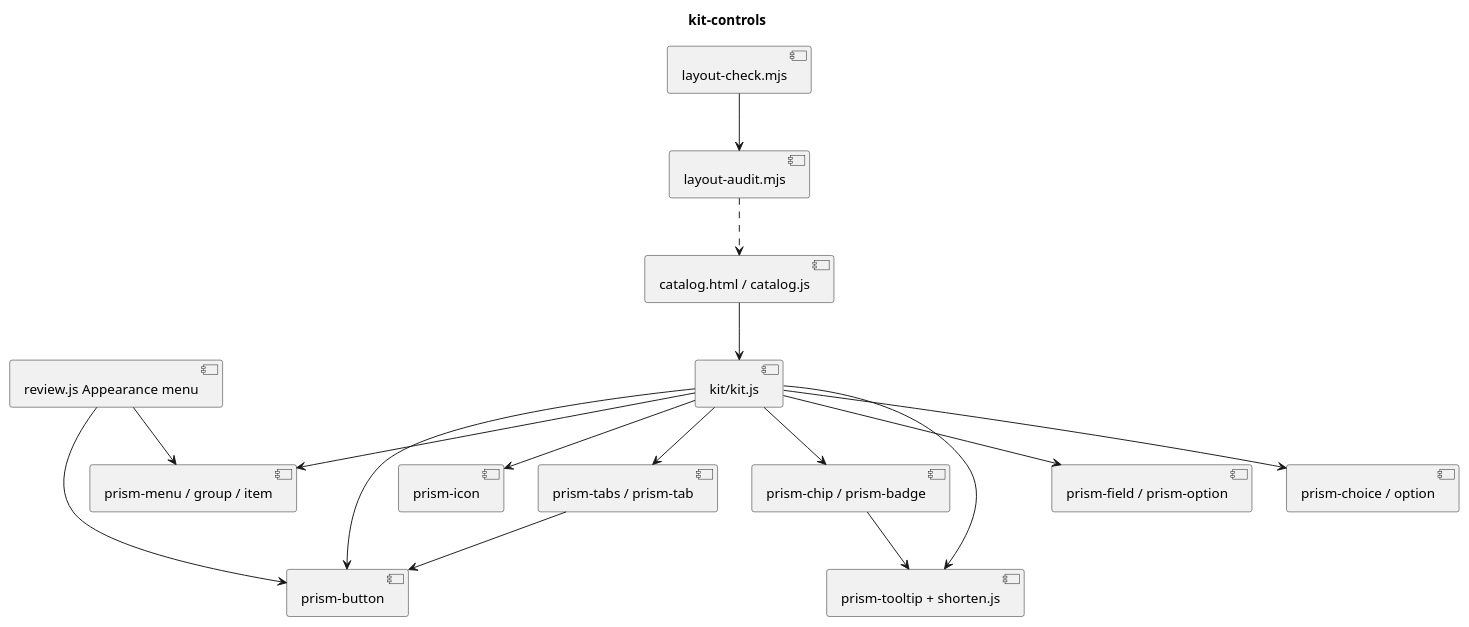
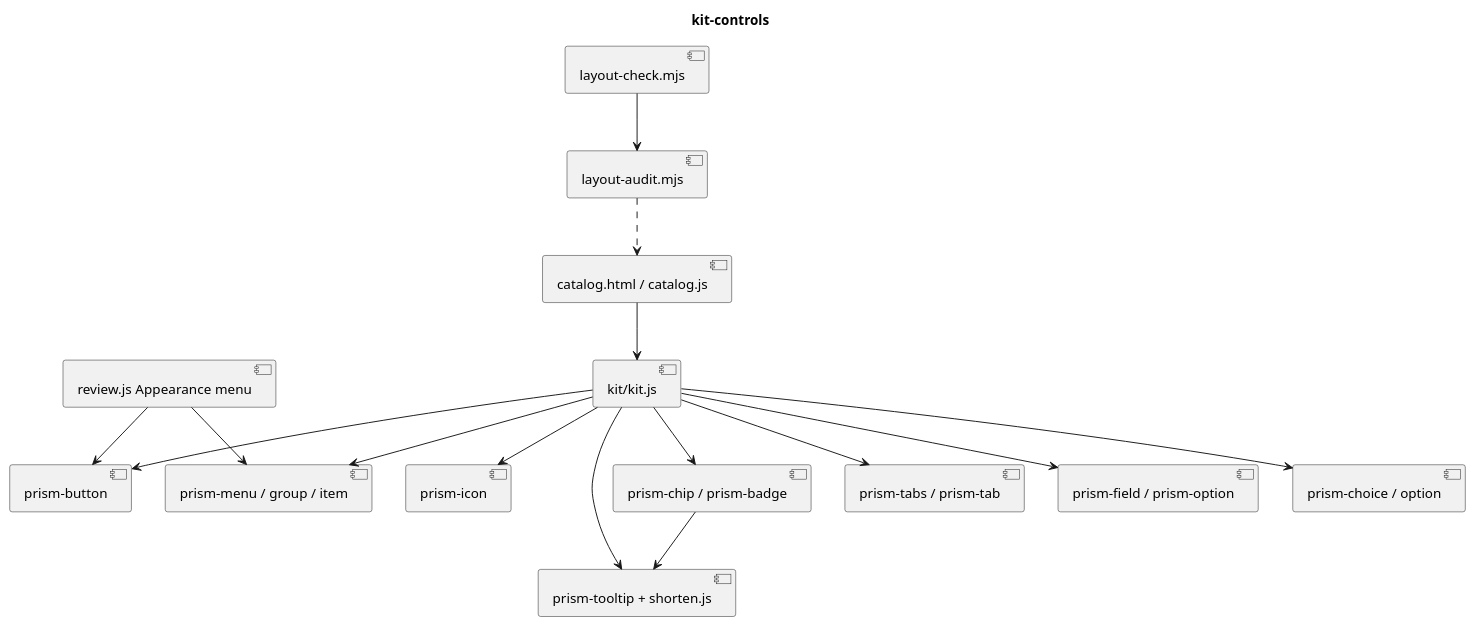
One commit to RumyantsevMichael/Prism changed the diagram in docs/plans/review-app-ui-kit/kit-controls/code.puml. Above: the diagram before and after it, drawn with PlantUML. The commit also changed 46 other files, not shown here.

```diff
--- a/docs/plans/review-app-ui-kit/kit-controls/code.puml
+++ b/docs/plans/review-app-ui-kit/kit-controls/code.puml
@@ -1,31 +1,30 @@
 @startuml
 title kit-controls
 component "kit/kit.js" as kit
 component "prism-button" as button
 component "prism-icon" as icon
 component "prism-chip / prism-badge" as chip
 component "prism-tabs / prism-tab" as tabs
 component "prism-menu / group / item" as menu
 component "prism-tooltip + shorten.js" as tip
 component "prism-field / prism-option" as field
 component "prism-choice / option" as choice
 component "catalog.html / catalog.js" as catalog
 component "review.js Appearance menu" as appearance
 component "layout-audit.mjs" as audit
 component "layout-check.mjs" as check
 kit --> button
 kit --> icon
 kit --> chip
 kit --> tabs
 kit --> menu
 kit --> tip
 kit --> field
 kit --> choice
 chip --> tip
-tabs --> button
 catalog --> kit
 appearance --> menu
 appearance --> button
 check --> audit
 audit ..> catalog
 @enduml
```
